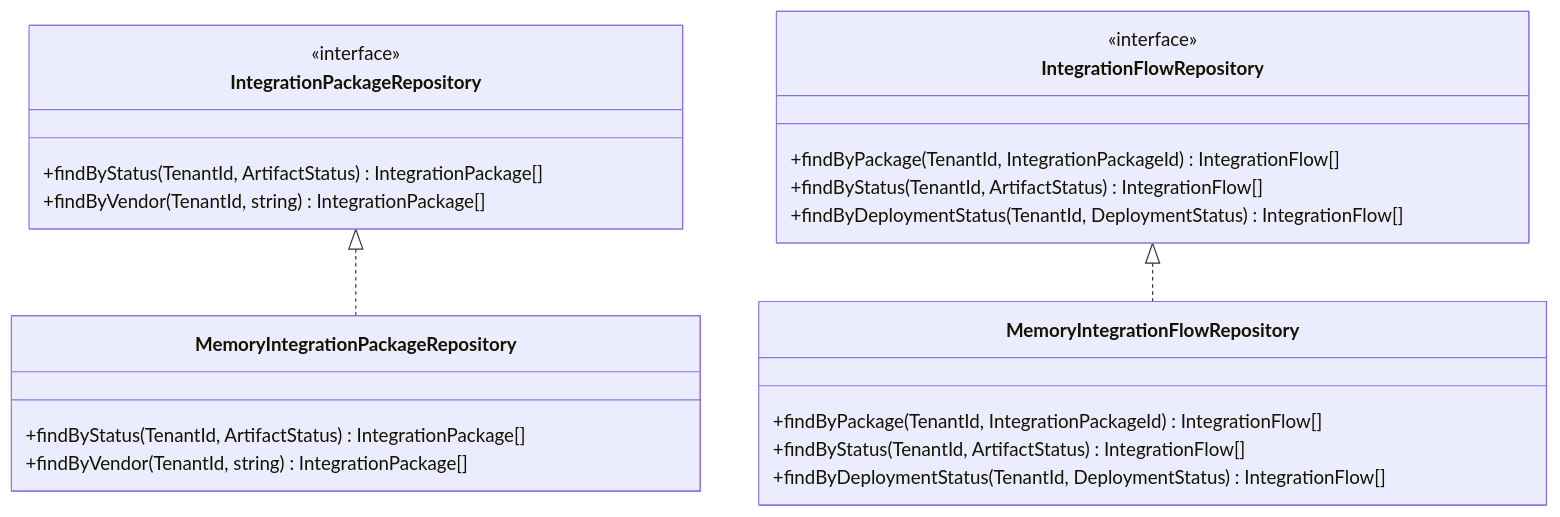
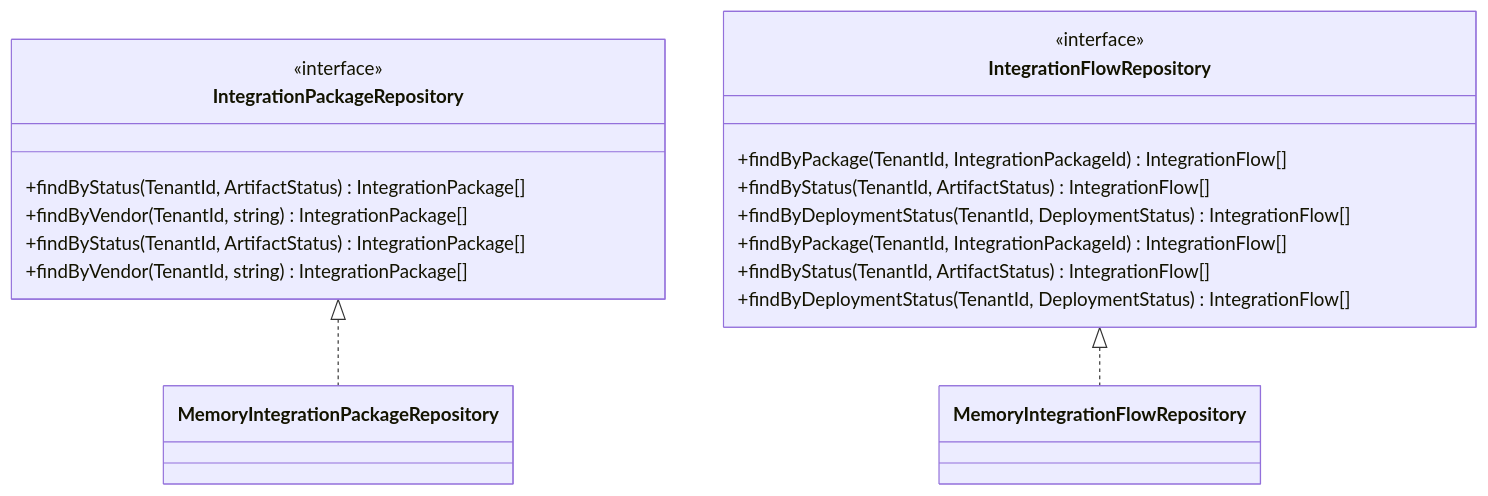
One commit to UIMSolutions/uim-platform changed the third of 6 diagrams in integration-suite/UML.md. Above: the diagram before and after it, drawn with Mermaid. The commit also changed 891 other files, not shown here.

````diff
--- a/integration-suite/UML.md
+++ b/integration-suite/UML.md
@@ -176,25 +176,25 @@
 ```mermaid
 classDiagram
     class IntegrationPackageRepository {
         <<interface>>
         +findByStatus(TenantId, ArtifactStatus) IntegrationPackage[]
         +findByVendor(TenantId, string) IntegrationPackage[]
     }
-    class MemoryIntegrationPackageRepository {
+    class IntegrationPackageRepository {
         +findByStatus(TenantId, ArtifactStatus) IntegrationPackage[]
         +findByVendor(TenantId, string) IntegrationPackage[]
     }
     class IntegrationFlowRepository {
         <<interface>>
         +findByPackage(TenantId, IntegrationPackageId) IntegrationFlow[]
         +findByStatus(TenantId, ArtifactStatus) IntegrationFlow[]
         +findByDeploymentStatus(TenantId, DeploymentStatus) IntegrationFlow[]
     }
-    class MemoryIntegrationFlowRepository {
+    class IntegrationFlowRepository {
         +findByPackage(TenantId, IntegrationPackageId) IntegrationFlow[]
         +findByStatus(TenantId, ArtifactStatus) IntegrationFlow[]
         +findByDeploymentStatus(TenantId, DeploymentStatus) IntegrationFlow[]
     }
     IntegrationPackageRepository <|.. MemoryIntegrationPackageRepository
     IntegrationFlowRepository <|.. MemoryIntegrationFlowRepository
 ```
````
